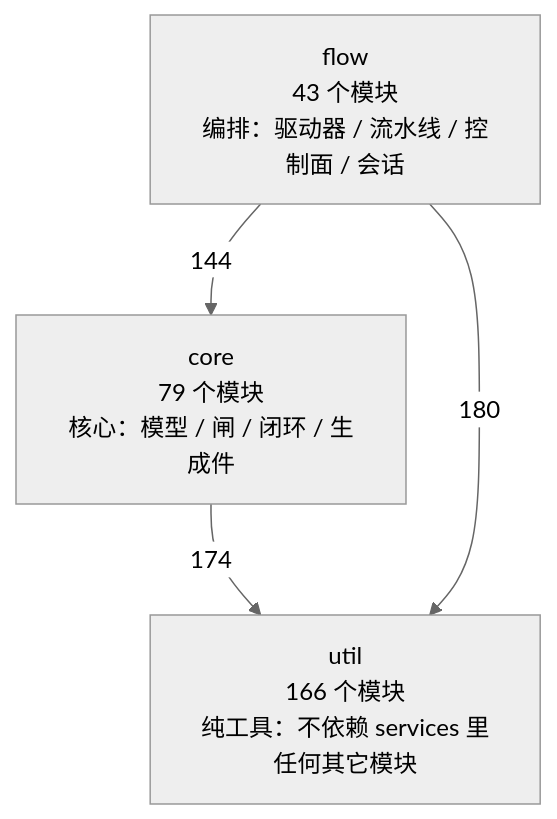
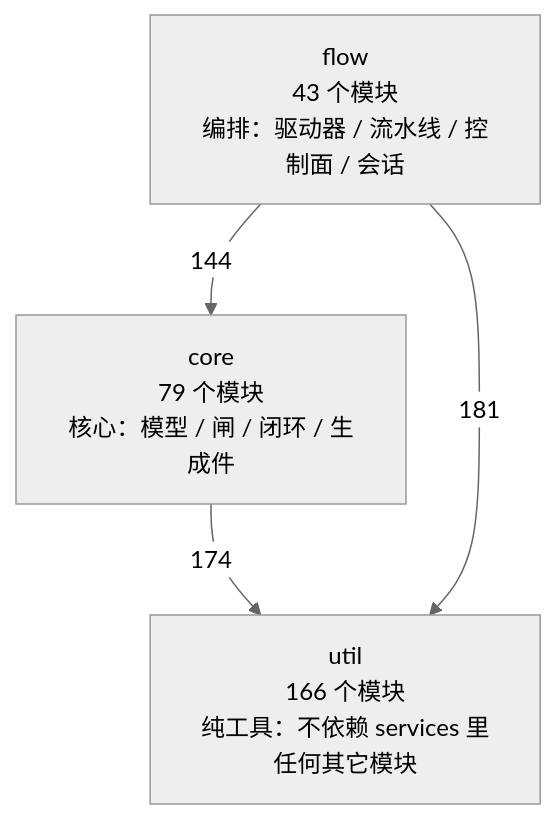
One commit to 2686521696/WhyBuddy changed the first of 4 diagrams in docs/SlideRule V6.2 架构图（自动生成）.md. Above: the diagram before and after it, drawn with Mermaid (neutral theme). The commit also changed other lines of this file and 21 other files, not shown here.

````diff
--- a/docs/SlideRule V6.2 架构图（自动生成）.md
+++ b/docs/SlideRule V6.2 架构图（自动生成）.md
@@ -50,9 +50,9 @@
 ```mermaid
 flowchart TB
   util["util<br/>166 个模块<br/>纯工具：不依赖 services 里任何其它模块"]
   core["core<br/>79 个模块<br/>核心：模型 / 闸 / 闭环 / 生成件"]
   flow["flow<br/>43 个模块<br/>编排：驱动器 / 流水线 / 控制面 / 会话"]
   core -->|174| util
   flow -->|144| core
-  flow -->|180| util
+  flow -->|181| util
 ```
````
